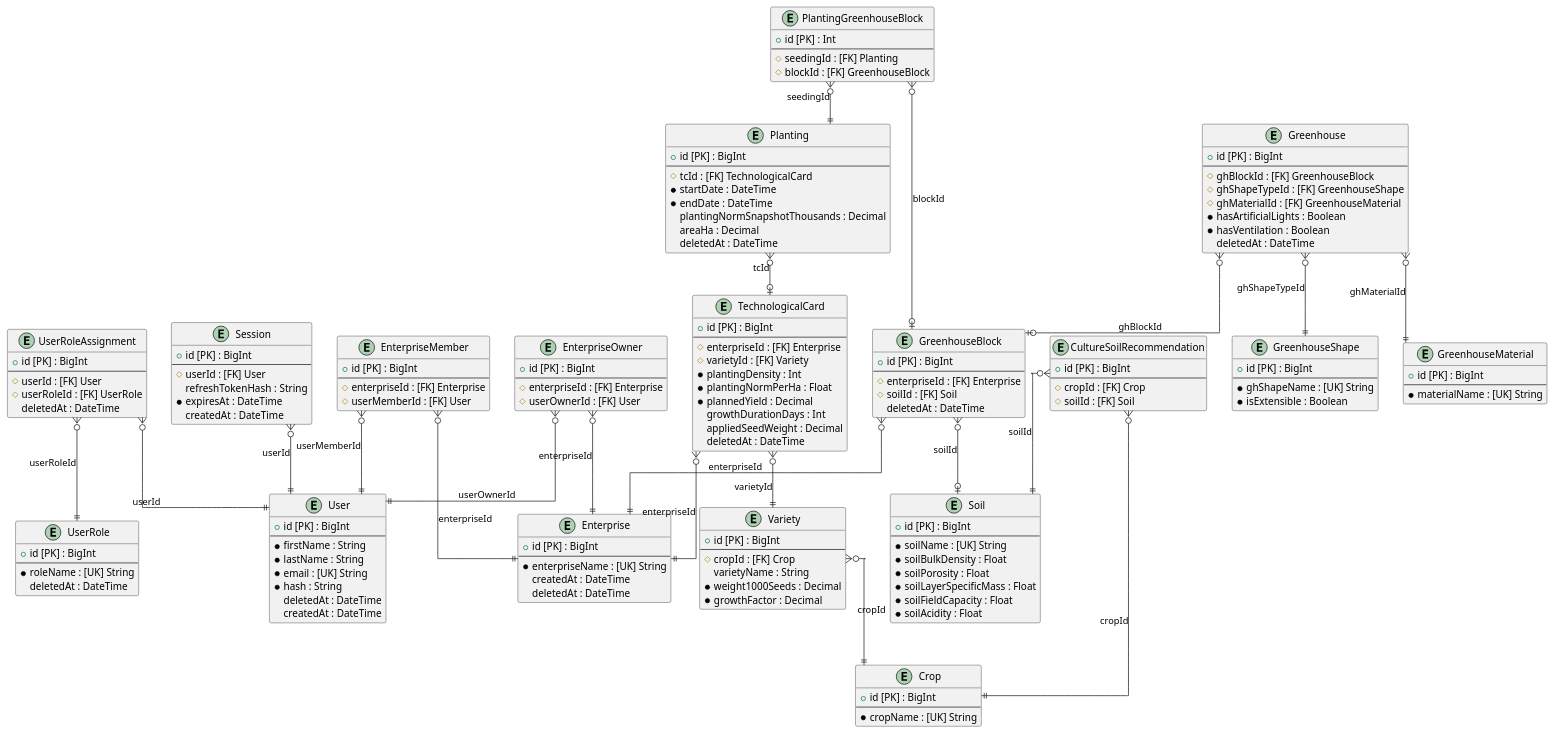
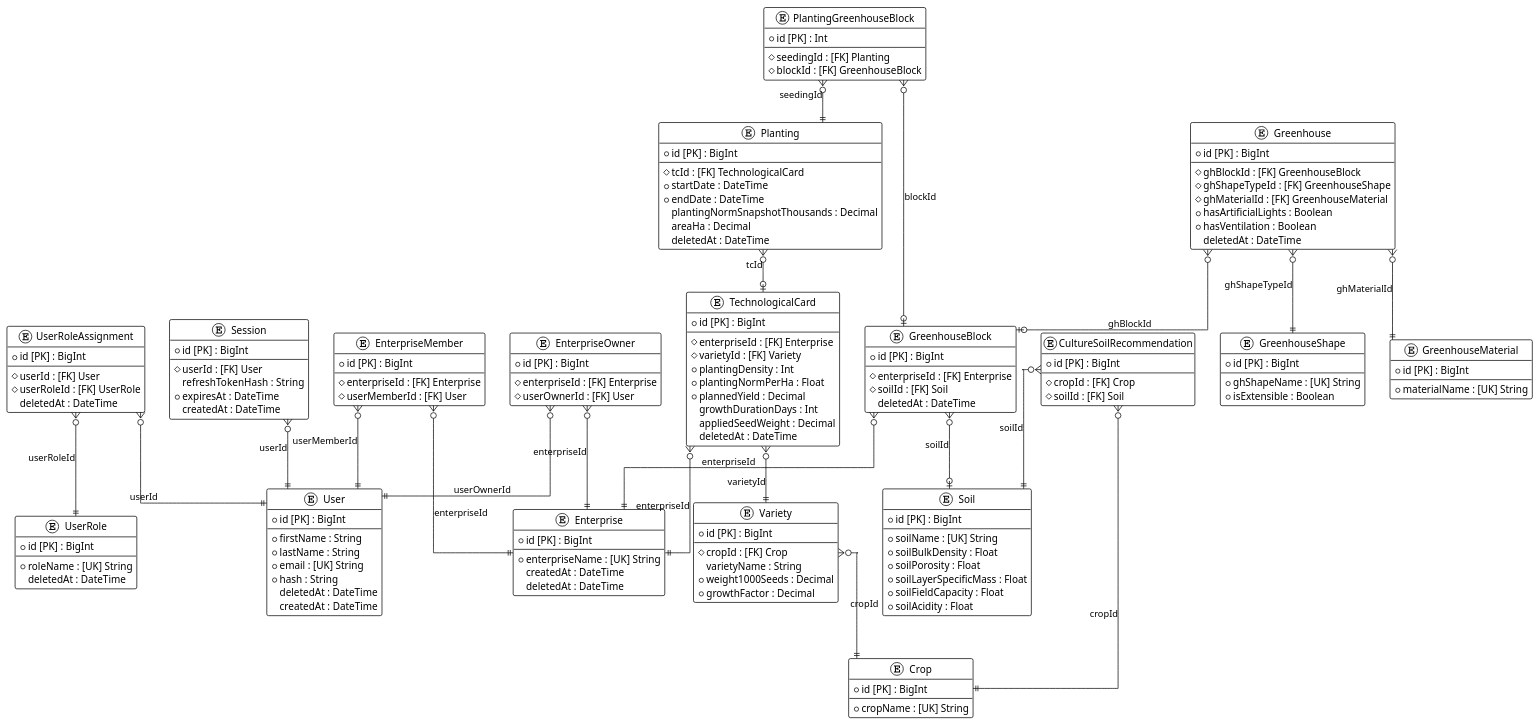
One commit to vladcheck/agronom.io changed the diagram in docs/erd.puml. Above: the diagram before and after it, drawn with PlantUML. The commit also changed other lines of this file and 4 other files, not shown here.

Commit message:
feat: create erd diagram

```diff
--- a/docs/erd.puml
+++ b/docs/erd.puml
@@ -1,179 +1,180 @@
 @startuml erd
+!theme plain
 skinparam linetype ortho
 entity "TechnologicalCard" as TechnologicalCard {
-+ id [PK] : BigInt 
++ id [PK] : BigInt
 --
   # enterpriseId : [FK] Enterprise
   # varietyId : [FK] Variety
   * plantingDensity : Int
   * plantingNormPerHa : Float
   * plannedYield : Decimal
   growthDurationDays : Int
   appliedSeedWeight : Decimal
   deletedAt : DateTime
 }
 
 entity "Planting" as Planting {
-+ id [PK] : BigInt 
++ id [PK] : BigInt
 --
   # tcId : [FK] TechnologicalCard
   * startDate : DateTime
   * endDate : DateTime
   plantingNormSnapshotThousands : Decimal
   areaHa : Decimal
   deletedAt : DateTime
 }
 
 entity "PlantingGreenhouseBlock" as PlantingGreenhouseBlock {
-+ id [PK] : Int 
++ id [PK] : Int
 --
   # seedingId : [FK] Planting
   # blockId : [FK] GreenhouseBlock
 }
 
 entity "User" as User {
-+ id [PK] : BigInt 
++ id [PK] : BigInt
 --
   * firstName : String
   * lastName : String
   * email : [UK] String
   * hash : String
   deletedAt : DateTime
   createdAt : DateTime
 }
 
 entity "UserRoleAssignment" as UserRoleAssignment {
-+ id [PK] : BigInt 
++ id [PK] : BigInt
 --
   # userId : [FK] User
   # userRoleId : [FK] UserRole
   deletedAt : DateTime
 }
 
 entity "UserRole" as UserRole {
-+ id [PK] : BigInt 
++ id [PK] : BigInt
 --
   * roleName : [UK] String
   deletedAt : DateTime
 }
 
 entity "Session" as Session {
-+ id [PK] : BigInt 
++ id [PK] : BigInt
 --
   # userId : [FK] User
   refreshTokenHash : String
   * expiresAt : DateTime
   createdAt : DateTime
 }
 
 entity "Enterprise" as Enterprise {
-+ id [PK] : BigInt 
++ id [PK] : BigInt
 --
   * enterpriseName : [UK] String
   createdAt : DateTime
   deletedAt : DateTime
 }
 
 entity "EnterpriseOwner" as EnterpriseOwner {
-+ id [PK] : BigInt 
++ id [PK] : BigInt
 --
   # enterpriseId : [FK] Enterprise
   # userOwnerId : [FK] User
 }
 
 entity "EnterpriseMember" as EnterpriseMember {
-+ id [PK] : BigInt 
++ id [PK] : BigInt
 --
   # enterpriseId : [FK] Enterprise
   # userMemberId : [FK] User
 }
 
 entity "GreenhouseBlock" as GreenhouseBlock {
-+ id [PK] : BigInt 
++ id [PK] : BigInt
 --
   # enterpriseId : [FK] Enterprise
   # soilId : [FK] Soil
   deletedAt : DateTime
 }
 
 entity "Greenhouse" as Greenhouse {
-+ id [PK] : BigInt 
++ id [PK] : BigInt
 --
   # ghBlockId : [FK] GreenhouseBlock
   # ghShapeTypeId : [FK] GreenhouseShape
   # ghMaterialId : [FK] GreenhouseMaterial
   * hasArtificialLights : Boolean
   * hasVentilation : Boolean
   deletedAt : DateTime
 }
 
 entity "GreenhouseMaterial" as GreenhouseMaterial {
-+ id [PK] : BigInt 
++ id [PK] : BigInt
 --
   * materialName : [UK] String
 }
 
 entity "GreenhouseShape" as GreenhouseShape {
-+ id [PK] : BigInt 
++ id [PK] : BigInt
 --
   * ghShapeName : [UK] String
   * isExtensible : Boolean
 }
 
 entity "Soil" as Soil {
-+ id [PK] : BigInt 
++ id [PK] : BigInt
 --
   * soilName : [UK] String
   * soilBulkDensity : Float
   * soilPorosity : Float
   * soilLayerSpecificMass : Float
   * soilFieldCapacity : Float
   * soilAcidity : Float
 }
 
 entity "Variety" as Variety {
-+ id [PK] : BigInt 
++ id [PK] : BigInt
 --
   # cropId : [FK] Crop
   varietyName : String
   * weight1000Seeds : Decimal
   * growthFactor : Decimal
 }
 
 entity "Crop" as Crop {
-+ id [PK] : BigInt 
++ id [PK] : BigInt
 --
   * cropName : [UK] String
 }
 
 entity "CultureSoilRecommendation" as CultureSoilRecommendation {
-+ id [PK] : BigInt 
++ id [PK] : BigInt
 --
   # cropId : [FK] Crop
   # soilId : [FK] Soil
 }
 
 ' Relations
 TechnologicalCard }o--|| Enterprise: enterpriseId
 TechnologicalCard }o--|| Variety: varietyId
 Planting }o--o| TechnologicalCard: tcId
 PlantingGreenhouseBlock }o--o| GreenhouseBlock: blockId
 PlantingGreenhouseBlock }o--|| Planting: seedingId
 UserRoleAssignment }o--|| User: userId
 UserRoleAssignment }o--|| UserRole: userRoleId
 Session }o--|| User: userId
 EnterpriseOwner }o--|| Enterprise: enterpriseId
 EnterpriseOwner }o--|| User: userOwnerId
 EnterpriseMember }o--|| Enterprise: enterpriseId
 EnterpriseMember }o--|| User: userMemberId
 GreenhouseBlock }o--|| Enterprise: enterpriseId
 GreenhouseBlock }o--o| Soil: soilId
 Greenhouse }o--o| GreenhouseBlock: ghBlockId
 Greenhouse }o--|| GreenhouseMaterial: ghMaterialId
 Greenhouse }o--|| GreenhouseShape: ghShapeTypeId
 Variety }o--|| Crop: cropId
 CultureSoilRecommendation }o--|| Crop: cropId
 CultureSoilRecommendation }o--|| Soil: soilId
 ' ManyToMany Relations
 ' enum relations
 @enduml
```
